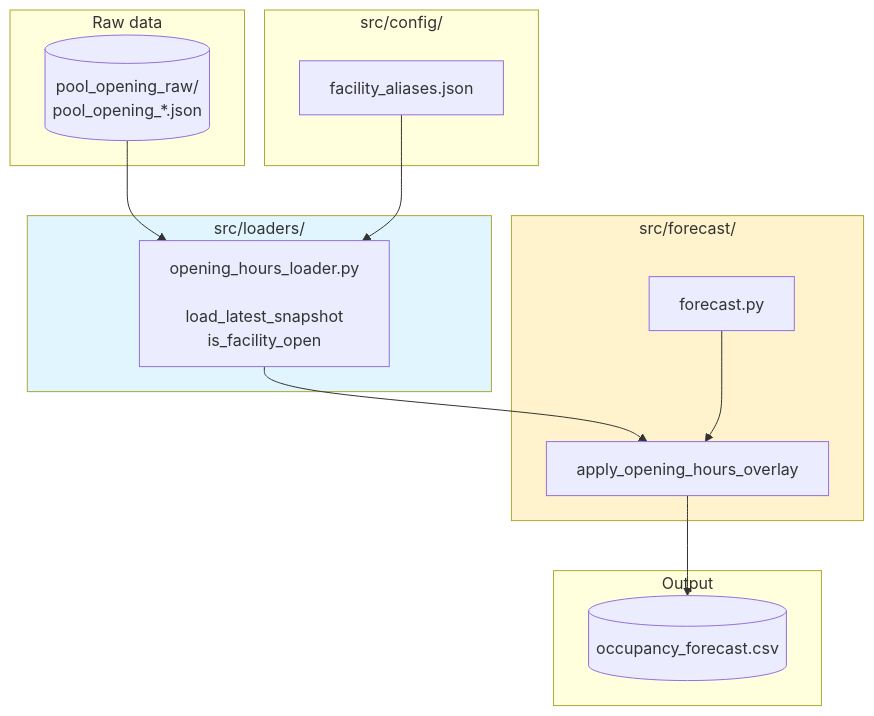
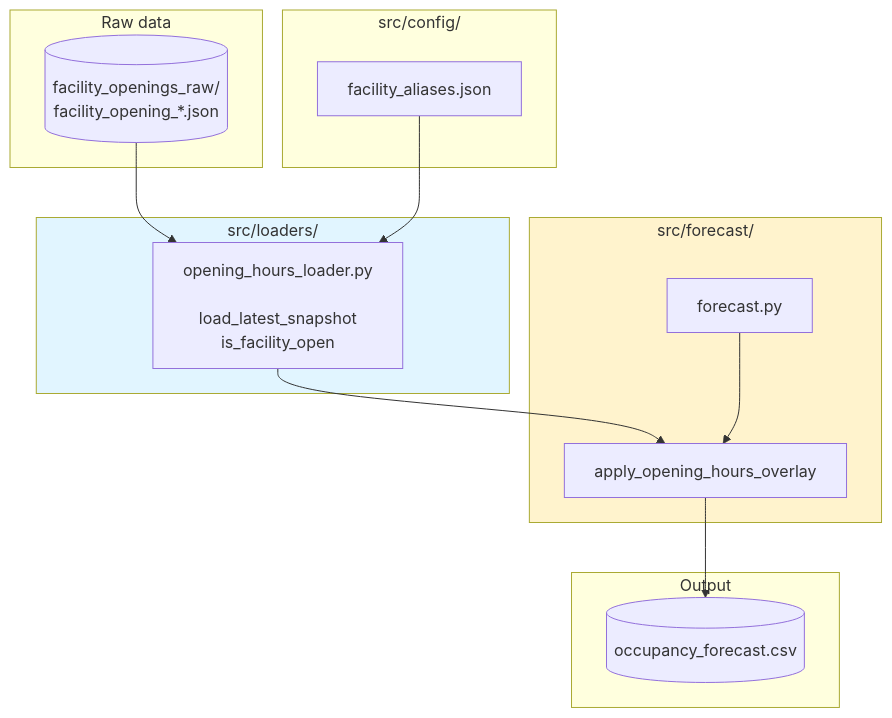
One commit to tillg/swm_pool_data changed the first of 2 diagrams in Specs/changes/integrate-opening-hours/architecture.md. Above: the diagram before and after it, drawn with Mermaid. The commit also changed other lines of this file and 5 other files, not shown here.

````diff
--- a/Specs/changes/integrate-opening-hours/architecture.md
+++ b/Specs/changes/integrate-opening-hours/architecture.md
@@ -19,32 +19,32 @@
 ```mermaid
 flowchart TB
     subgraph raw[Raw data]
-        OHJson[(pool_opening_raw/<br/>pool_opening_*.json)]
+        OHJson[(facility_openings_raw/<br/>facility_opening_*.json)]
     end
 
     subgraph loaders[src/loaders/]
         OHLoader[opening_hours_loader.py<br/><br/>load_latest_snapshot<br/>is_facility_open]
     end
 
     subgraph forecast[src/forecast/]
         ForecastPy[forecast.py]
         Overlay[apply_opening_hours_overlay]
     end
 
     subgraph config[src/config/]
         Aliases[facility_aliases.json]
     end
 
     subgraph output[Output]
         FCSV[(occupancy_forecast.csv)]
     end
 
     OHJson --> OHLoader
     Aliases --> OHLoader
     OHLoader --> Overlay
     ForecastPy --> Overlay
     Overlay --> FCSV
 
     style loaders fill:#e1f5ff
     style forecast fill:#fff3cd
 ```
````
